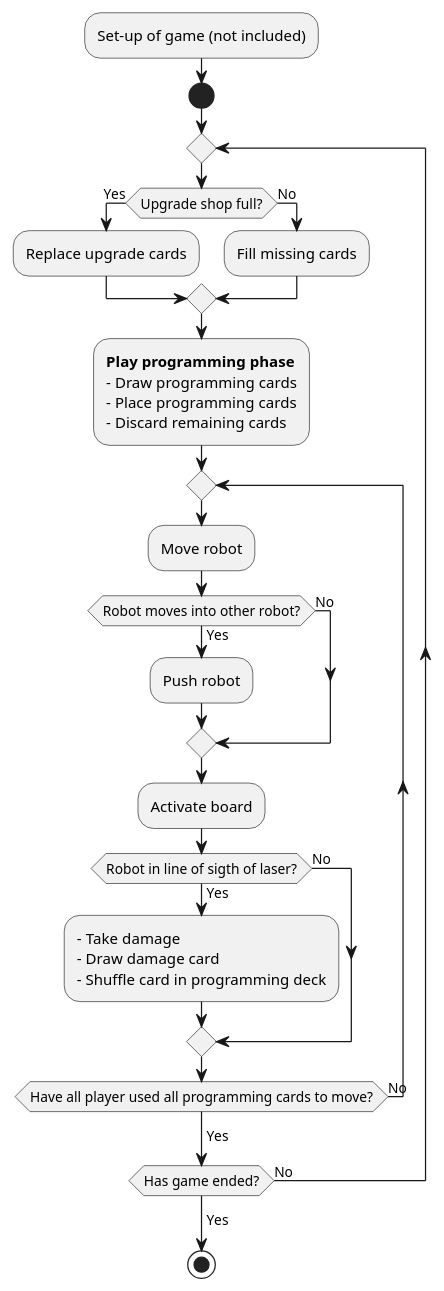
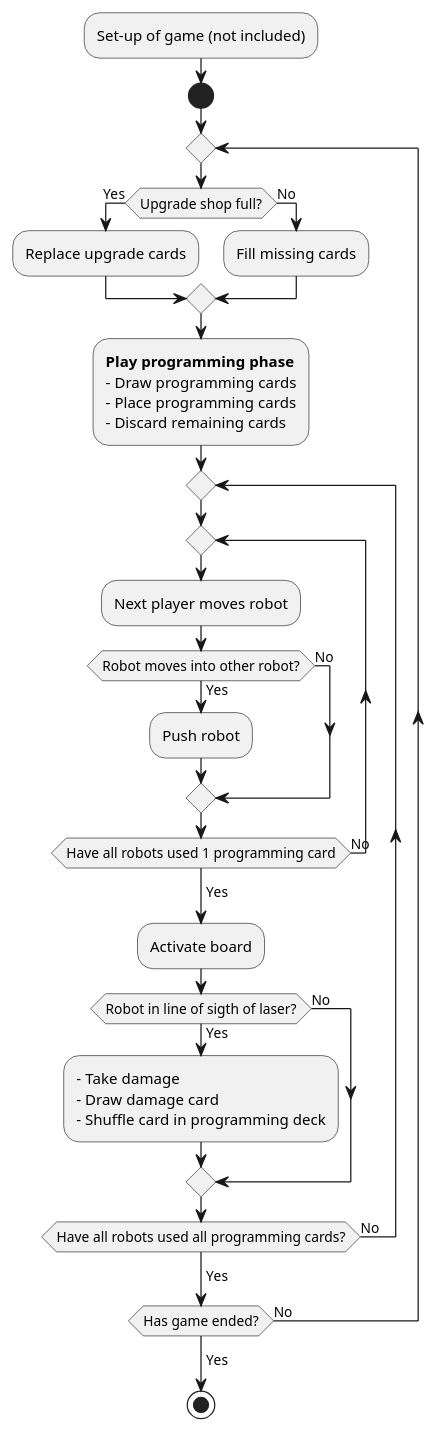
One commit to xdTobs/_18_roborally changed the diagram in documentation/Activity diagrams/Must have req activitydiagram.puml. Above: the diagram before and after it, drawn with PlantUML.

Commit message:
Updated activity diagram to more clearly show, that all robots move once, and then board activates

```diff
--- a/documentation/Activity diagrams/Must have req activitydiagram.puml
+++ b/documentation/Activity diagrams/Must have req activitydiagram.puml
@@ -1,42 +1,45 @@
 @startuml
 
 :Set-up of game (not included);
 
 start
 
 repeat
 
 if (Upgrade shop full?) then (Yes)
 :Replace upgrade cards;
 else (No)
 :Fill missing cards;
 endif
 
 :**Play programming phase**
 - Draw programming cards
 - Place programming cards
 - Discard remaining cards;
 
 repeat
-:Move robot;
+repeat
+:Next player moves robot;
 if (Robot moves into other robot?) then (Yes)
 :Push robot;
 else (No)
 endif
+
+repeat while (Have all robots used 1 programming card) is (No)
+-> Yes;
 
 :Activate board;
 if (Robot in line of sigth of laser?) then (Yes)
 :- Take damage
 - Draw damage card
 - Shuffle card in programming deck;
 else (No);
 endif
 
-repeat while (Have all player used all programming cards to move?) is (No)
+repeat while (Have all robots used all programming cards?) is (No)
 -> Yes;
-
 repeat while (Has game ended?) is (No)
 -> Yes;
 stop
 
 @enduml
```
